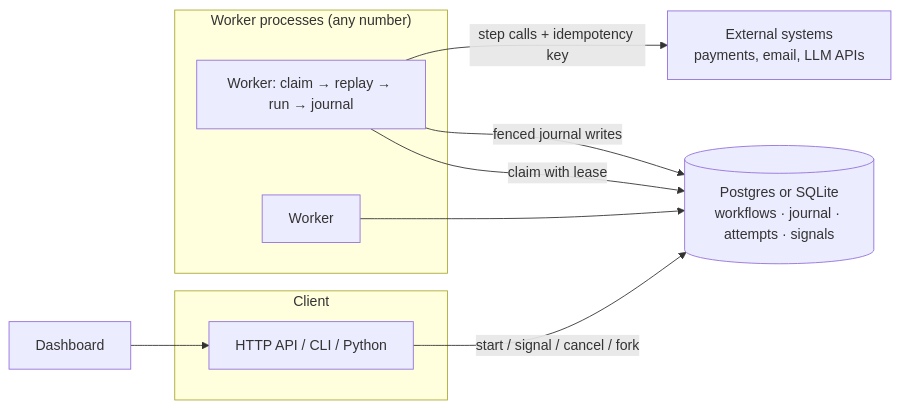
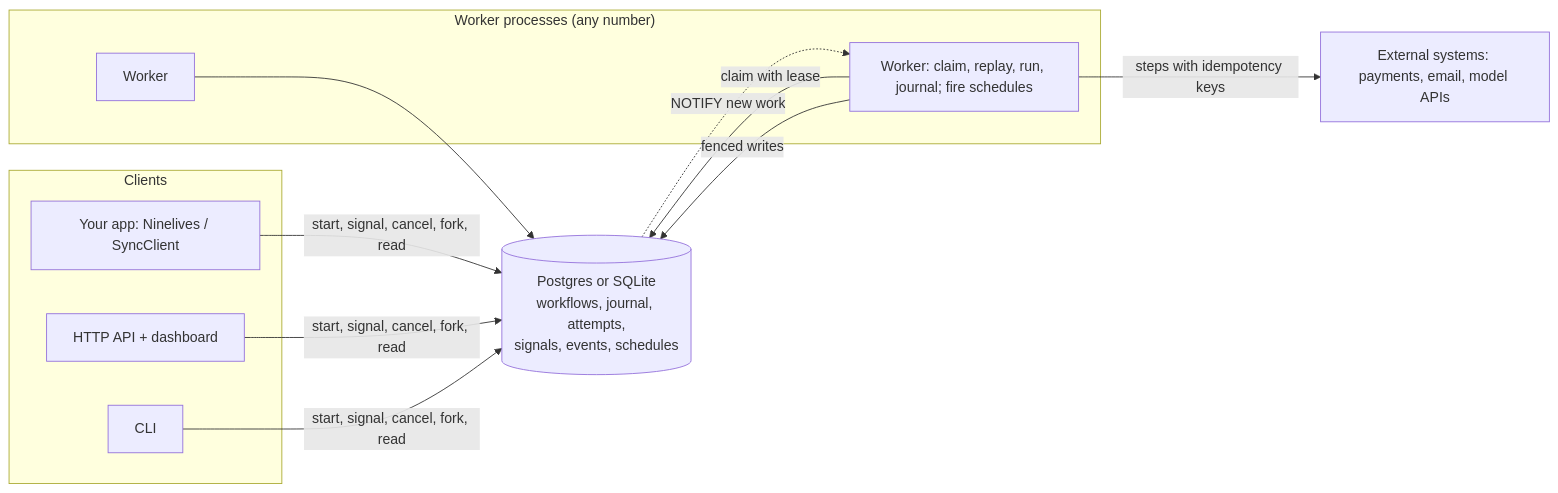
Before and after one commit to sunilsk17/Ninelives: the diagram in docs/ARCHITECTURE.md, drawn with Mermaid. The commit also changed other lines of this file and 27 other files, not shown here.

````diff
--- a/docs/ARCHITECTURE.md
+++ b/docs/ARCHITECTURE.md
@@ -23,18 +29,20 @@
 ```mermaid
 flowchart LR
-  subgraph Client
-    API[HTTP API / CLI / Python]
+  subgraph Clients
+    APP[Your app: Ninelives / SyncClient]
+    HTTP[HTTP API + dashboard]
+    CLI[CLI]
   end
   subgraph Workers["Worker processes (any number)"]
-    W1[Worker: claim → replay → run → journal]
+    W1["Worker: claim, replay, run, journal; fire schedules"]
     W2[Worker]
   end
-  DB[(Postgres or SQLite\nworkflows · journal · attempts · signals)]
-  EXT[External systems\npayments, email, LLM APIs]
-  API -- start / signal / cancel / fork --> DB
+  DB[("Postgres or SQLite<br/>workflows, journal, attempts,<br/>signals, events, schedules")]
+  EXT[External systems: payments, email, model APIs]
+  APP & HTTP & CLI -- start, signal, cancel, fork, read --> DB
   W1 -- claim with lease --> DB
-  W1 -- fenced journal writes --> DB
-  W1 -- step calls + idempotency key --> EXT
+  W1 -- fenced writes --> DB
+  W1 -- steps with idempotency keys --> EXT
   W2 --> DB
-  UI[Dashboard] --> API
+  DB -. NOTIFY new work .-> W1
 ```
````
